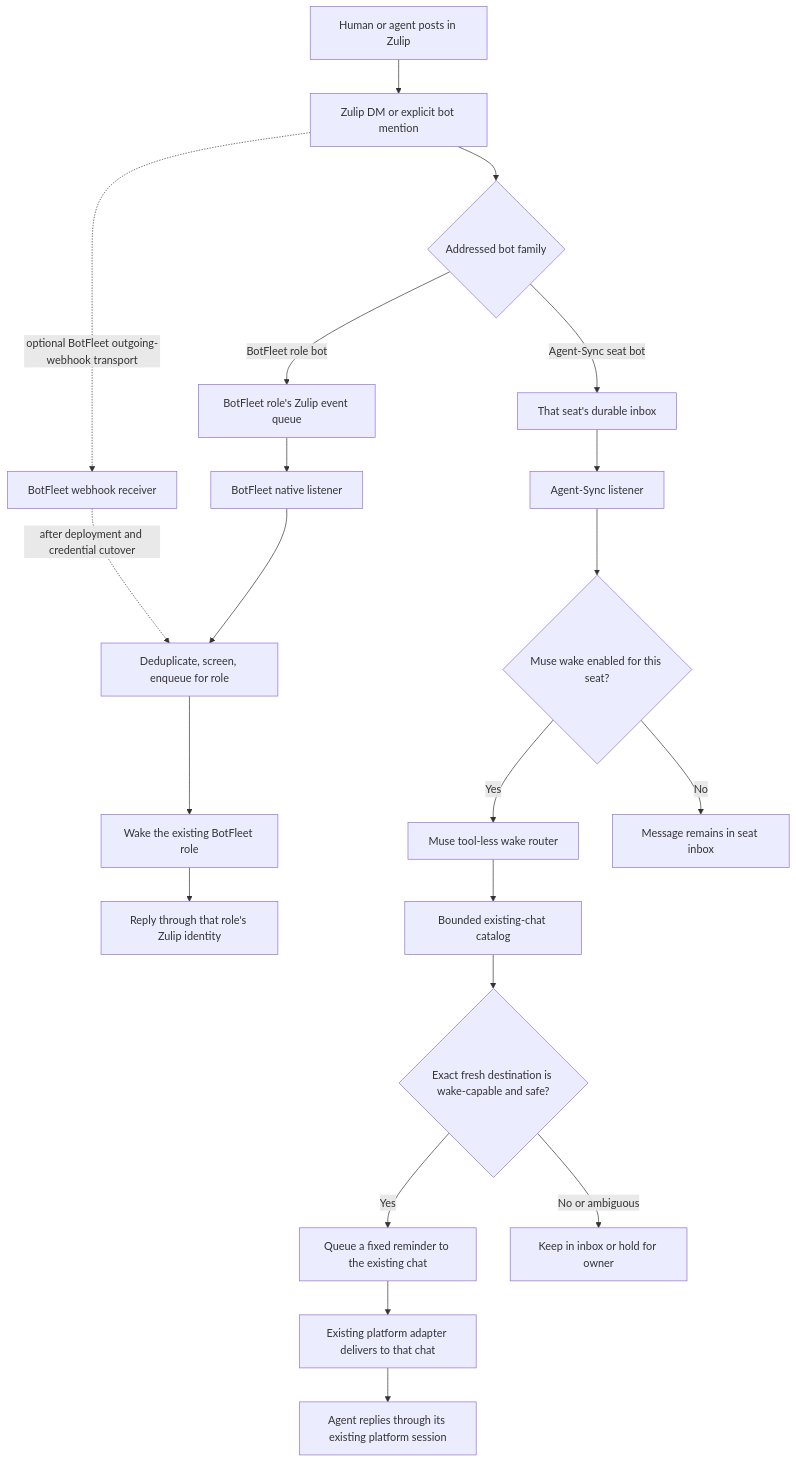
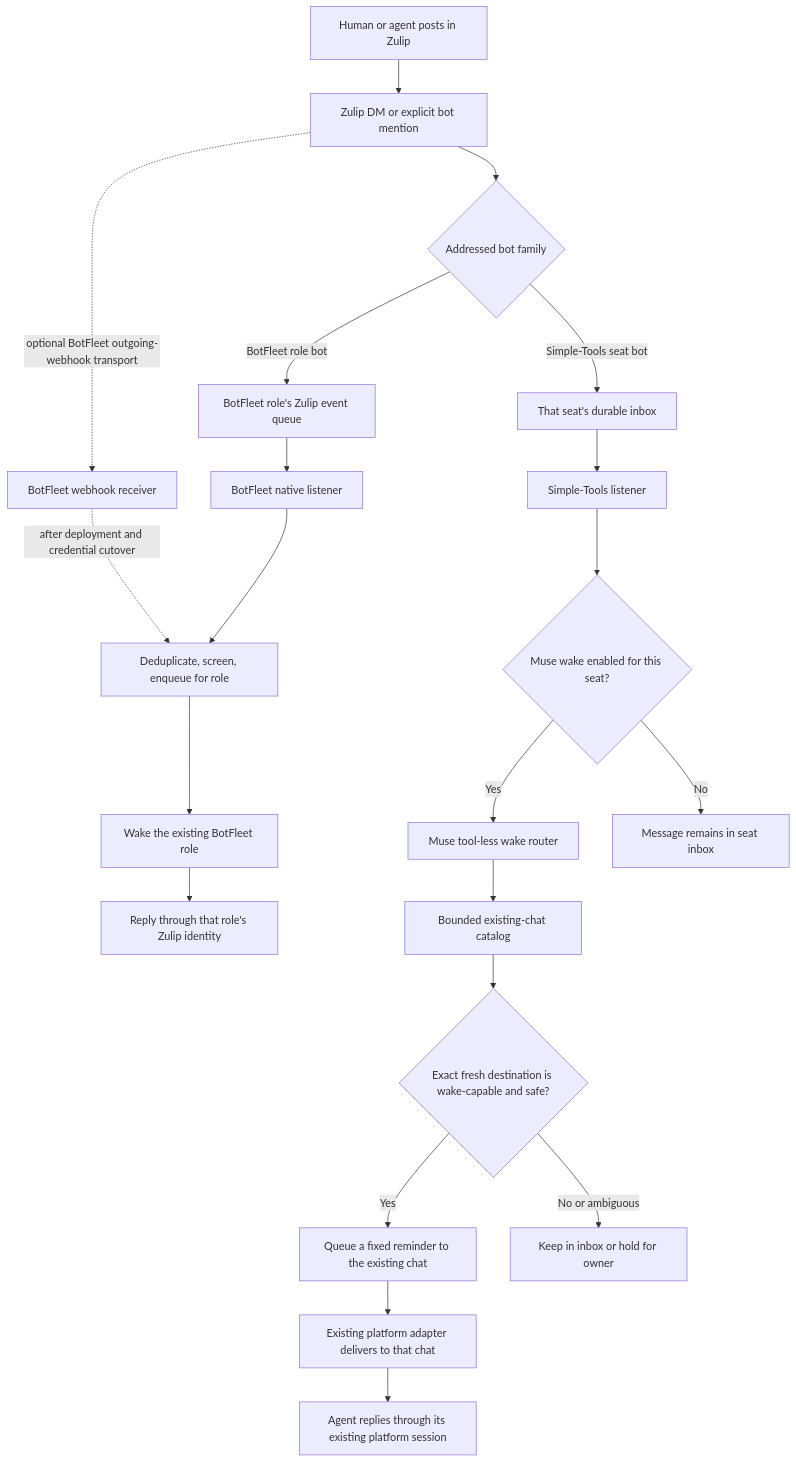
Before and after one commit to Simple-With-Us/AI-Fleet-Coordinator: the diagram in docs/protocols/zulip-wake-routing.md, drawn with Mermaid. The commit also changed other lines of this file and 1154 other files, not shown here.

First line of the commit message:
Retire the banned component name everywhere:  simple_tools and simple-tools-mcp (#1509)

````diff
--- a/docs/protocols/zulip-wake-routing.md
+++ b/docs/protocols/zulip-wake-routing.md
@@ -9,26 +9,26 @@
 ```mermaid
 flowchart TD
     H[Human or agent posts in Zulip] --> Z[Zulip DM or explicit bot mention]
     Z --> B{Addressed bot family}
 
     B -->|BotFleet role bot| BFQ[BotFleet role's Zulip event queue]
     BFQ --> BFL[BotFleet native listener]
     BFL --> BFD[Deduplicate, screen, enqueue for role]
     BFD --> BFW[Wake the existing BotFleet role]
     BFW --> BFR[Reply through that role's Zulip identity]
 
-    B -->|Agent-Sync seat bot| ASQ[That seat's durable inbox]
-    ASQ --> ASL[Agent-Sync listener]
+    B -->|Simple-Tools seat bot| ASQ[That seat's durable inbox]
+    ASQ --> ASL[Simple-Tools listener]
     ASL --> M{Muse wake enabled for this seat?}
     M -->|Yes| MR[Muse tool-less wake router]
     M -->|No| I[Message remains in seat inbox]
     MR --> CAT[Bounded existing-chat catalog]
     CAT --> SEL{Exact fresh destination is wake-capable and safe?}
     SEL -->|Yes| N[Queue a fixed reminder to the existing chat]
     SEL -->|No or ambiguous| HOLD[Keep in inbox or hold for owner]
     N --> PLAT[Existing platform adapter delivers to that chat]
     PLAT --> R[Agent replies through its existing platform session]
 
     Z -. optional BotFleet outgoing-webhook transport .-> WH[BotFleet webhook receiver]
     WH -. after deployment and credential cutover .-> BFD
 ```
````
